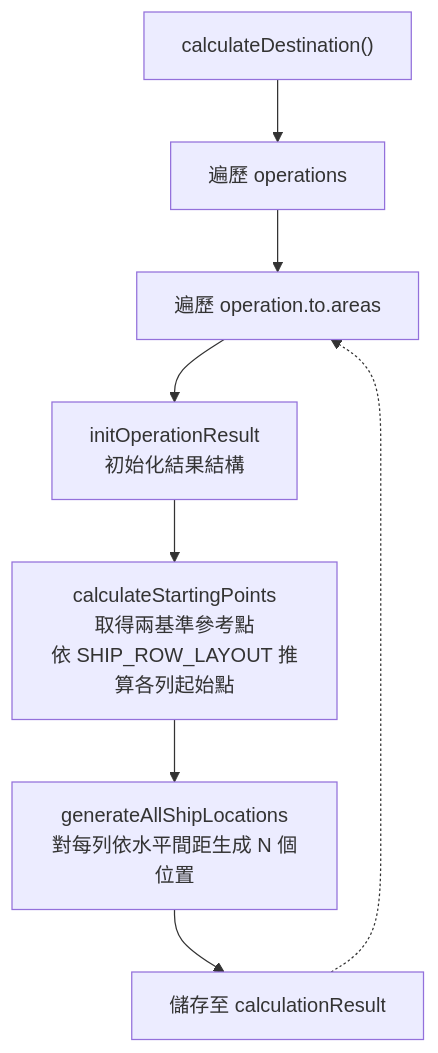
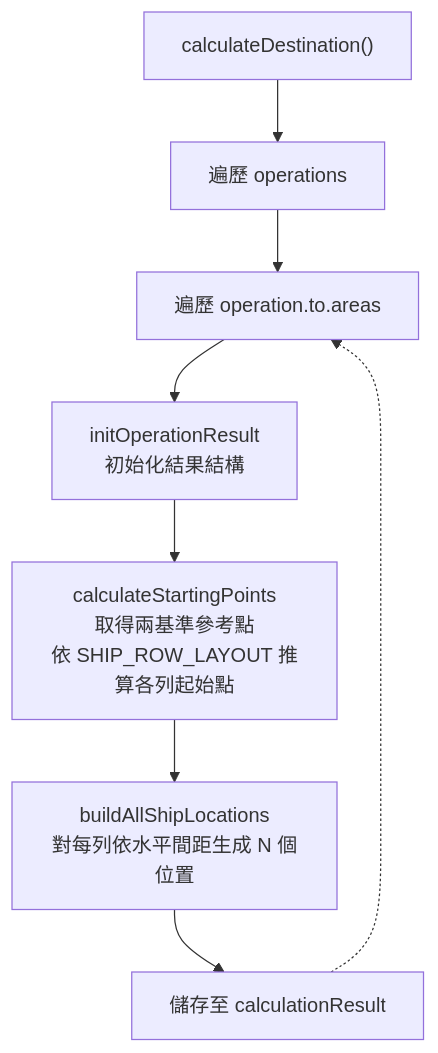
The first of 2 diagrams in docs/landingOps/shipMovement.md (pullupjumper/formosa-in-flames), drawn with Mermaid before and after one commit. The commit also changed other lines of this file and 93 other files, not shown here.

````diff
--- a/docs/landingOps/shipMovement.md
+++ b/docs/landingOps/shipMovement.md
@@ -60,13 +60,13 @@
 ```mermaid
 flowchart TD
     START["calculateDestination()"]
     ITER_OP["遍歷 operations"]
     ITER_AREA["遍歷 operation.to.areas"]
     INIT["initOperationResult<br>初始化結果結構"]
     CALC_SP["calculateStartingPoints<br>取得兩基準參考點<br>依 SHIP_ROW_LAYOUT 推算各列起始點"]
-    GEN_LOC["generateAllShipLocations<br>對每列依水平間距生成 N 個位置"]
+    GEN_LOC["buildAllShipLocations<br>對每列依水平間距生成 N 個位置"]
     STORE["儲存至 calculationResult"]
 
     START --> ITER_OP --> ITER_AREA --> INIT --> CALC_SP --> GEN_LOC --> STORE
     STORE -.-> ITER_AREA
 ```
````
